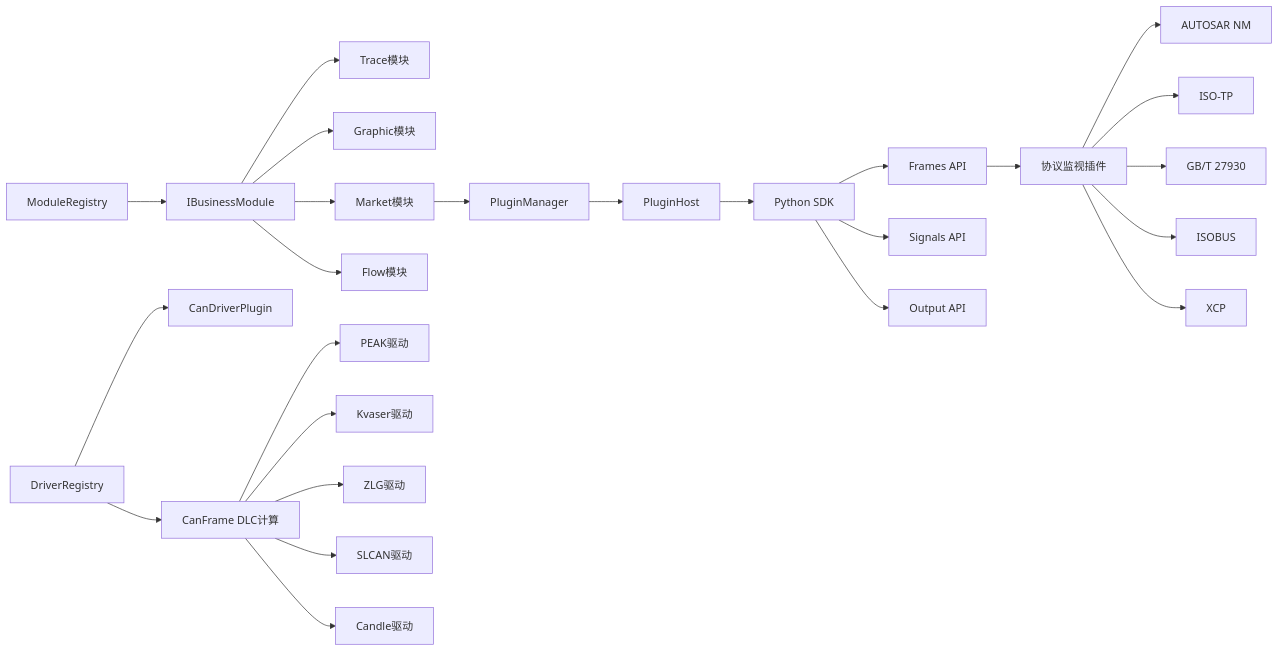
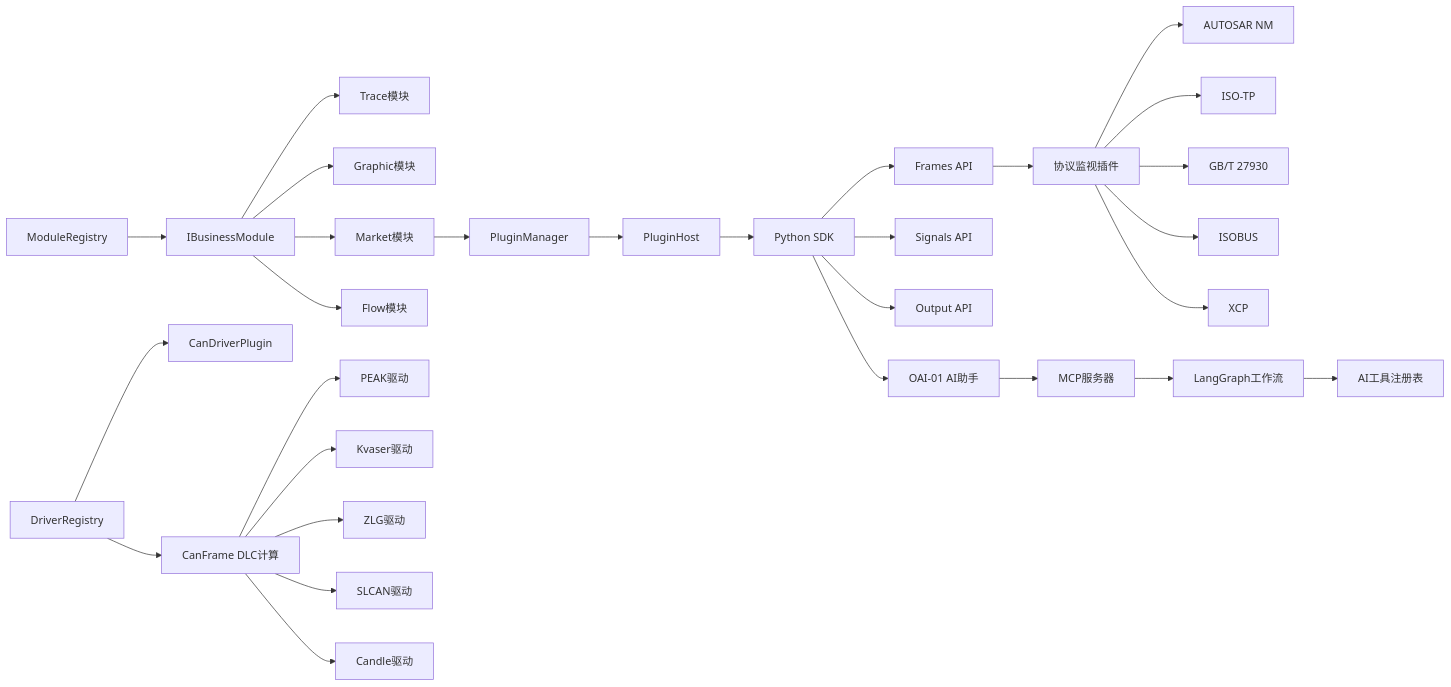
The third of 3 diagrams in .qoder/repowiki/zh/content/架构设计/插件系统架构/插件系统架构.md (jakecai1225-design/OpenBus), drawn with Mermaid before and after one commit. The commit also changed other lines of this file and 151 other files, not shown here.

````diff
--- a/.qoder/repowiki/zh/content/架构设计/插件系统架构/插件系统架构.md
+++ b/.qoder/repowiki/zh/content/架构设计/插件系统架构/插件系统架构.md
@@ -406,27 +446,31 @@
 ```mermaid
 graph LR
 MR["ModuleRegistry"] --> IM["IBusinessModule"]
 IM --> TM["Trace模块"]
 IM --> GM["Graphic模块"]
 IM --> MM["Market模块"]
 IM --> FM["Flow模块"]
 MM --> PM["PluginManager"]
 PM --> PH["PluginHost"]
 PH --> SDK["Python SDK"]
 SDK --> FRAMES["Frames API"]
 SDK --> SIGNALS["Signals API"]
 SDK --> OUTPUT["Output API"]
 FRAMES --> PMS["协议监视插件"]
 PMS --> AUTOSAR["AUTOSAR NM"]
 PMS --> ISOTP["ISO-TP"]
 PMS --> GBT["GB/T 27930"]
 PMS --> ISOBUS["ISOBUS"]
 PMS --> XCP["XCP"]
+SDK --> OAI["OAI-01 AI助手"]
+OAI --> MCP["MCP服务器"]
+MCP --> LANGGRAPH["LangGraph工作流"]
+LANGGRAPH --> TOOLS["AI工具注册表"]
 DR["DriverRegistry"] --> CDP["CanDriverPlugin"]
 DR --> CF["CanFrame DLC计算"]
 CF --> PEAK["PEAK驱动"]
 CF --> KVASER["Kvaser驱动"]
 CF --> ZLG["ZLG驱动"]
 CF --> SLCAN["SLCAN驱动"]
 CF --> CANDLE["Candle驱动"]
 ```
````
